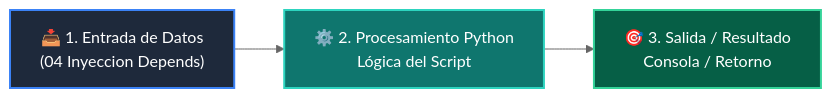
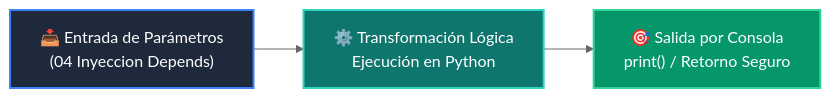
One commit to wisrovi/wisrovi-python changed the diagram in 04-proyecto-final/clase-02-backend-fastapi/ejemplos/ejemplo_04_inyeccion_depends/README.md. Above: the diagram before and after it, drawn with Mermaid (neutral theme). The commit also changed other lines of this file and 226 other files, not shown here.

Commit message:
docs: elevate all repository READMEs to world-class mastery standard with rich pedagogical architecture, custom Mermaids, and professional styling

````diff
--- a/04-proyecto-final/clase-02-backend-fastapi/ejemplos/ejemplo_04_inyeccion_depends/README.md
+++ b/04-proyecto-final/clase-02-backend-fastapi/ejemplos/ejemplo_04_inyeccion_depends/README.md
@@ -12,9 +19,9 @@
 ```mermaid
 flowchart LR
-    A["📥 1. Entrada de Datos<br/>(04 Inyeccion Depends)"] --> B["⚙️ 2. Procesamiento Python<br/>Lógica del Script"]
-    B --> C["🎯 3. Salida / Resultado<br/>Consola / Retorno"]
+    A["📥 Entrada de Parámetros<br/>(04 Inyeccion Depends)"] --> B["⚙️ Transformación Lógica<br/>Ejecución en Python"]
+    B --> C["🎯 Salida por Consola<br/>print() / Retorno Seguro"]
 
-    style A fill:#1e293b,color:#fff,stroke:#3b82f6,stroke-width:2px
-    style B fill:#0f766e,color:#fff,stroke:#2dd4bf,stroke-width:2px
-    style C fill:#065f46,color:#fff,stroke:#34d399,stroke-width:2px
+    style A fill:#1e293b,color:#ffffff,stroke:#3b82f6,stroke-width:2px
+    style B fill:#0f766e,color:#ffffff,stroke:#2dd4bf,stroke-width:2px
+    style C fill:#059669,color:#ffffff,stroke:#34d399,stroke-width:2px
 ```
````
